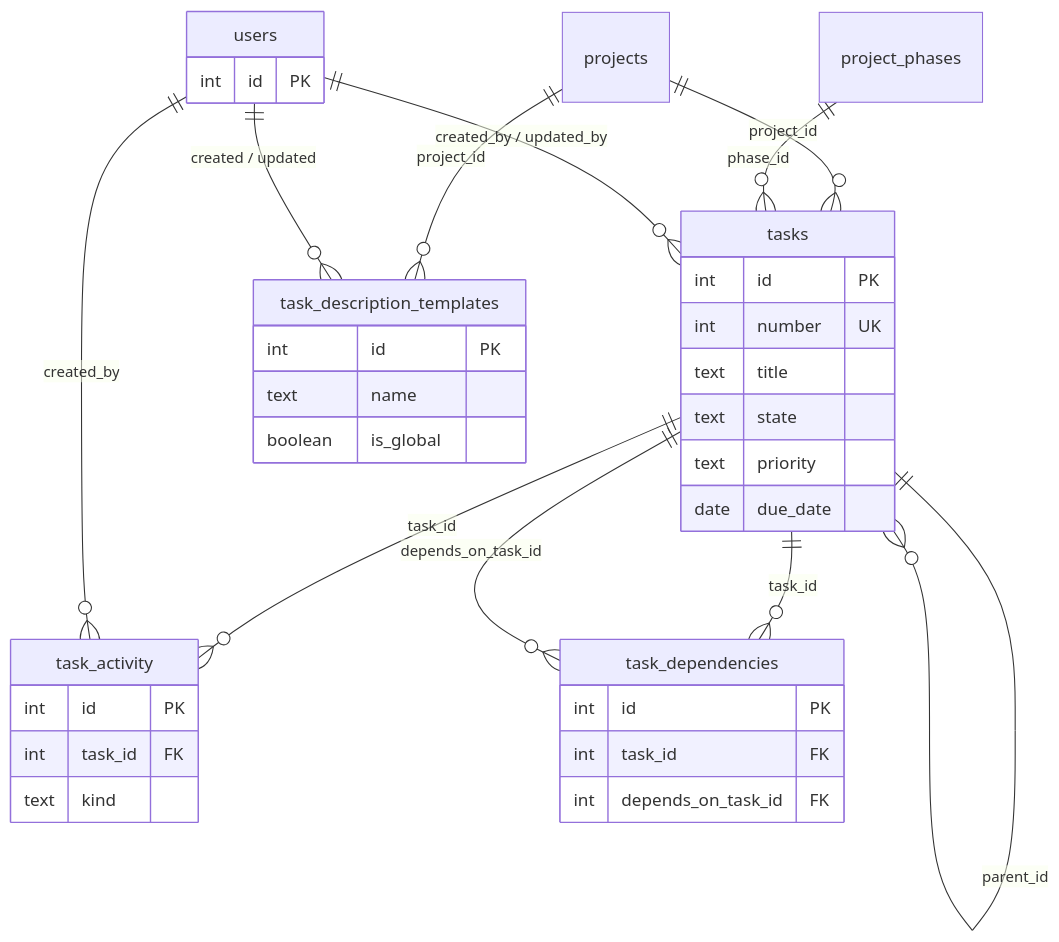
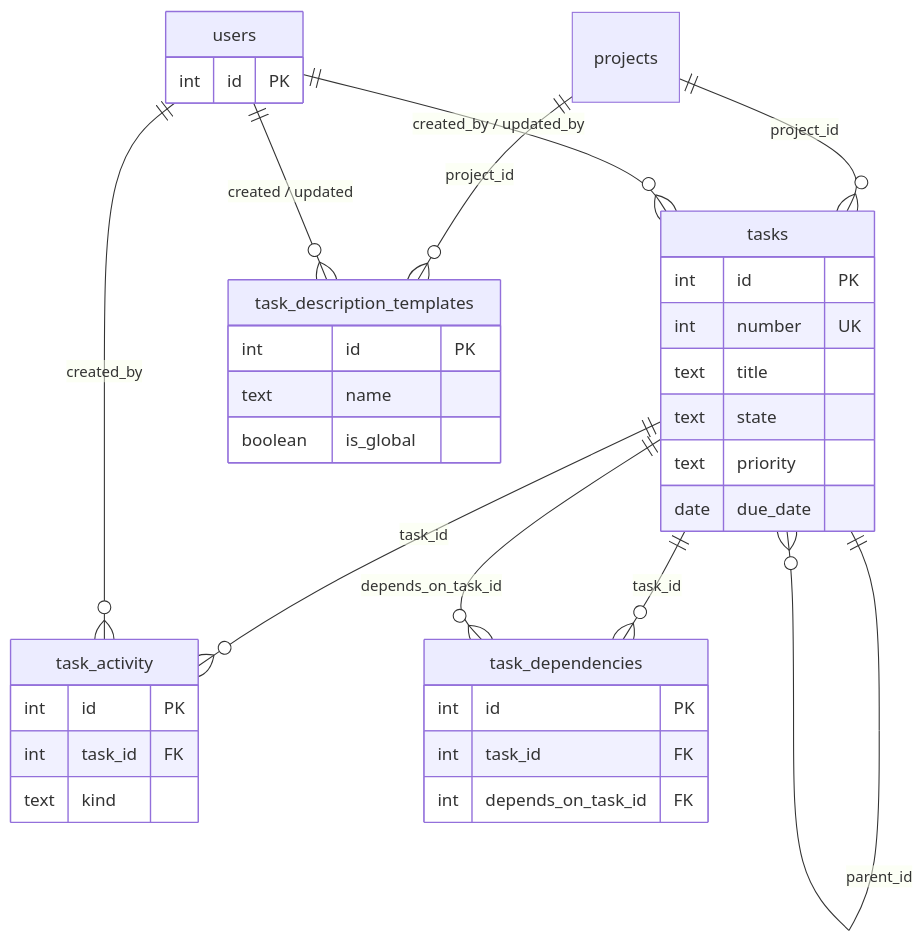
The diagram in docs/database/tasks.md (blackrook-io/taskmesh), drawn with Mermaid before and after one commit. The commit also changed other lines of this file and 33 other files, not shown here.

````diff
--- a/docs/database/tasks.md
+++ b/docs/database/tasks.md
@@ -9,40 +9,39 @@
 ```mermaid
 erDiagram
   projects ||--o{ tasks : "project_id"
-  project_phases ||--o{ tasks : "phase_id"
   tasks ||--o{ tasks : "parent_id"
   users ||--o{ tasks : "created_by / updated_by"
   tasks ||--o{ task_activity : "task_id"
   tasks ||--o{ task_dependencies : "task_id"
   tasks ||--o{ task_dependencies : "depends_on_task_id"
   projects ||--o{ task_description_templates : "project_id"
   users ||--o{ task_description_templates : "created / updated"
   users ||--o{ task_activity : "created_by"
 
   tasks {
     int id PK
     int number UK
     text title
     text state
     text priority
     date due_date
   }
   task_activity {
     int id PK
     int task_id FK
     text kind
   }
   task_dependencies {
     int id PK
     int task_id FK
     int depends_on_task_id FK
   }
   task_description_templates {
     int id PK
     text name
     boolean is_global
   }
   users {
     int id PK
   }
 ```
````
